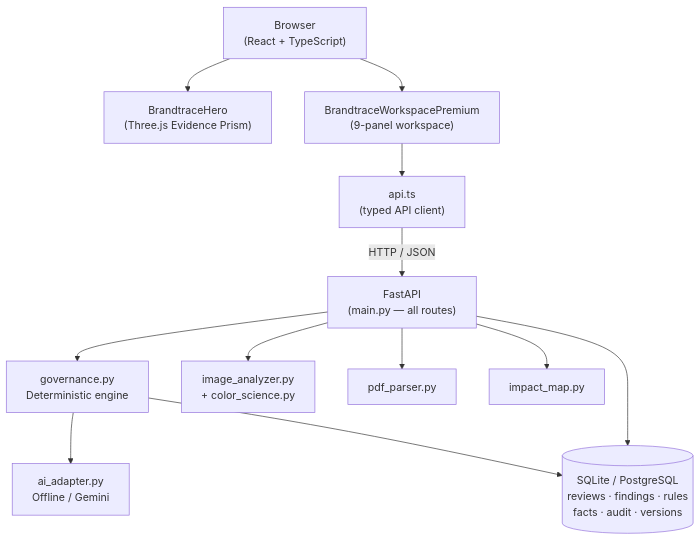
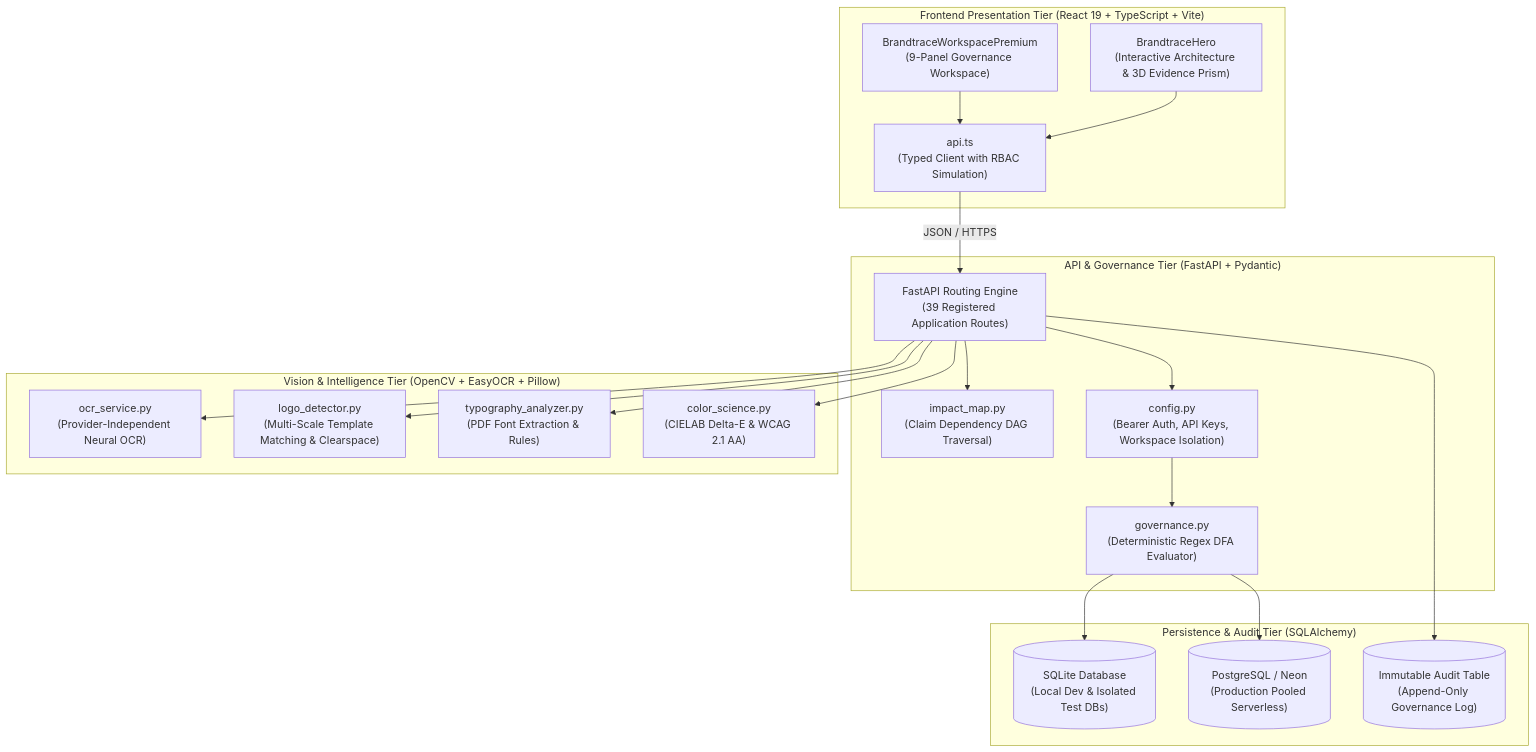
Before and after one commit to bindudharad/BRANDTRACE: the second of 2 diagrams in README.md, drawn with Mermaid. The commit also changed other lines of this file and 247 other files, not shown here.

````diff
--- a/README.md
+++ b/README.md
@@ -238,28 +235,42 @@
 ```mermaid
 flowchart TD
-    Browser["Browser\n(React + TypeScript)"]
-    Hero["BrandtraceHero\n(Three.js Evidence Prism)"]
-    Workspace["BrandtraceWorkspacePremium\n(9-panel workspace)"]
-    ApiClient["api.ts\n(typed API client)"]
+    subgraph ClientTier ["Frontend Presentation Tier (React 19 + TypeScript + Vite)"]
+        UI["BrandtraceWorkspacePremium\n(9-Panel Governance Workspace)"]
+        Hero["BrandtraceHero\n(Interactive Architecture & 3D Evidence Prism)"]
+        APIClient["api.ts\n(Typed Client with RBAC Simulation)"]
+    end
 
-    FastAPI["FastAPI\n(main.py — all routes)"]
-    Gov["governance.py\nDeterministic engine"]
-    AI["ai_adapter.py\nOffline / Gemini"]
-    Img["image_analyzer.py\n+ color_science.py"]
-    PDF["pdf_parser.py"]
-    Impact["impact_map.py"]
+    subgraph APITier ["API & Governance Tier (FastAPI + Pydantic)"]
+        FastAPI["FastAPI Routing Engine\n(39 Registered Application Routes)"]
+        GovEngine["governance.py\n(Deterministic Regex DFA Evaluator)"]
+        ImpactEngine["impact_map.py\n(Claim Dependency DAG Traversal)"]
+        Security["config.py\n(Bearer Auth, API Keys, Workspace Isolation)"]
+    end
 
-    DB[("SQLite / PostgreSQL\nreviews · findings · rules\nfacts · audit · versions")]
+    subgraph VisionTier ["Vision & Intelligence Tier (OpenCV + EasyOCR + Pillow)"]
+        OCRPipeline["ocr_service.py\n(Provider-Independent Neural OCR)"]
+        LogoCV["logo_detector.py\n(Multi-Scale Template Matching & Clearspace)"]
+        TypeAnalyzer["typography_analyzer.py\n(PDF Font Extraction & Rules)"]
+        ColorSci["color_science.py\n(CIELAB Delta-E & WCAG 2.1 AA)"]
+    end
 
-    Browser --> Hero
-    Browser --> Workspace
-    Workspace --> ApiClient
-    ApiClient -->|HTTP / JSON| FastAPI
-    FastAPI --> Gov
-    FastAPI --> Img
-    FastAPI --> PDF
-    FastAPI --> Impact
-    Gov --> AI
-    Gov --> DB
-    FastAPI --> DB
+    subgraph StorageTier ["Persistence & Audit Tier (SQLAlchemy)"]
+        SQLiteDB[("SQLite Database\n(Local Dev & Isolated Test DBs)")]
+        PostgresDB[("PostgreSQL / Neon\n(Production Pooled Serverless)")]
+        AuditLedger[("Immutable Audit Table\n(Append-Only Governance Log)")]
+    end
+
+    UI --> APIClient
+    Hero --> APIClient
+    APIClient -->|JSON / HTTPS| FastAPI
+    FastAPI --> Security
+    Security --> GovEngine
+    FastAPI --> ImpactEngine
+    FastAPI --> OCRPipeline
+    FastAPI --> LogoCV
+    FastAPI --> TypeAnalyzer
+    FastAPI --> ColorSci
+    GovEngine --> SQLiteDB
+    GovEngine --> PostgresDB
+    FastAPI --> AuditLedger
 ```
````
